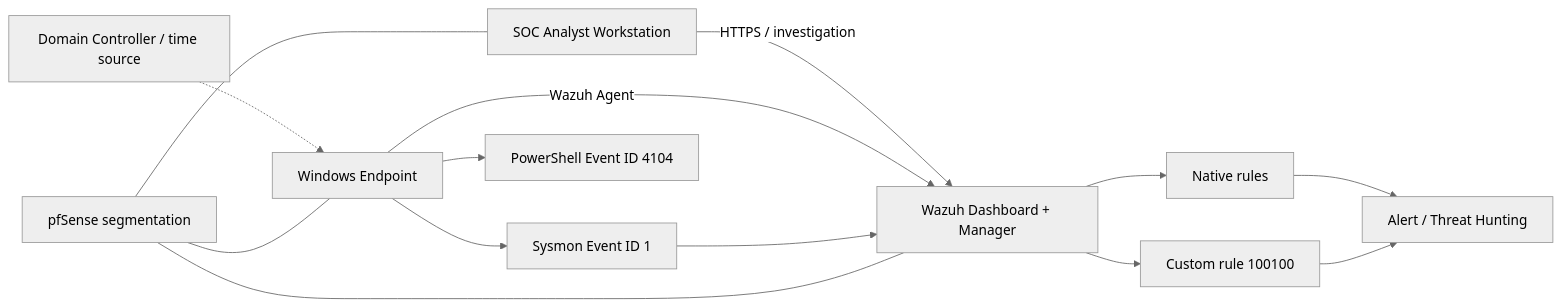
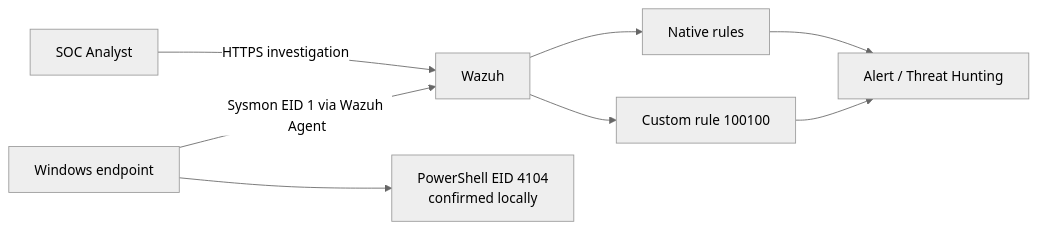
The diagram in README.md (CarlosGutierrezR/soc-detection-engineering), drawn with Mermaid (neutral theme) before and after one commit. The commit also changed other lines of this file and 19 other files, not shown here.

````diff
--- a/README.md
+++ b/README.md
@@ -32,16 +37,10 @@
 ```mermaid
 flowchart LR
-    A[SOC Analyst Workstation] -->|HTTPS / investigation| W[Wazuh Dashboard + Manager]
-    E[Windows Endpoint] -->|Wazuh Agent| W
-    E --> S[Sysmon Event ID 1]
-    E --> P[PowerShell Event ID 4104]
-    S --> W
+    A[SOC Analyst] -->|HTTPS investigation| W[Wazuh]
+    E[Windows endpoint] -->|Sysmon EID 1 via Wazuh Agent| W
+    E --> P[PowerShell EID 4104<br/>confirmed locally]
     W --> N[Native rules]
     W --> C[Custom rule 100100]
     N --> AL[Alert / Threat Hunting]
     C --> AL
-    D[Domain Controller / time source] -.-> E
-    F[pfSense segmentation] --- A
-    F --- E
-    F --- W
 ```
````
